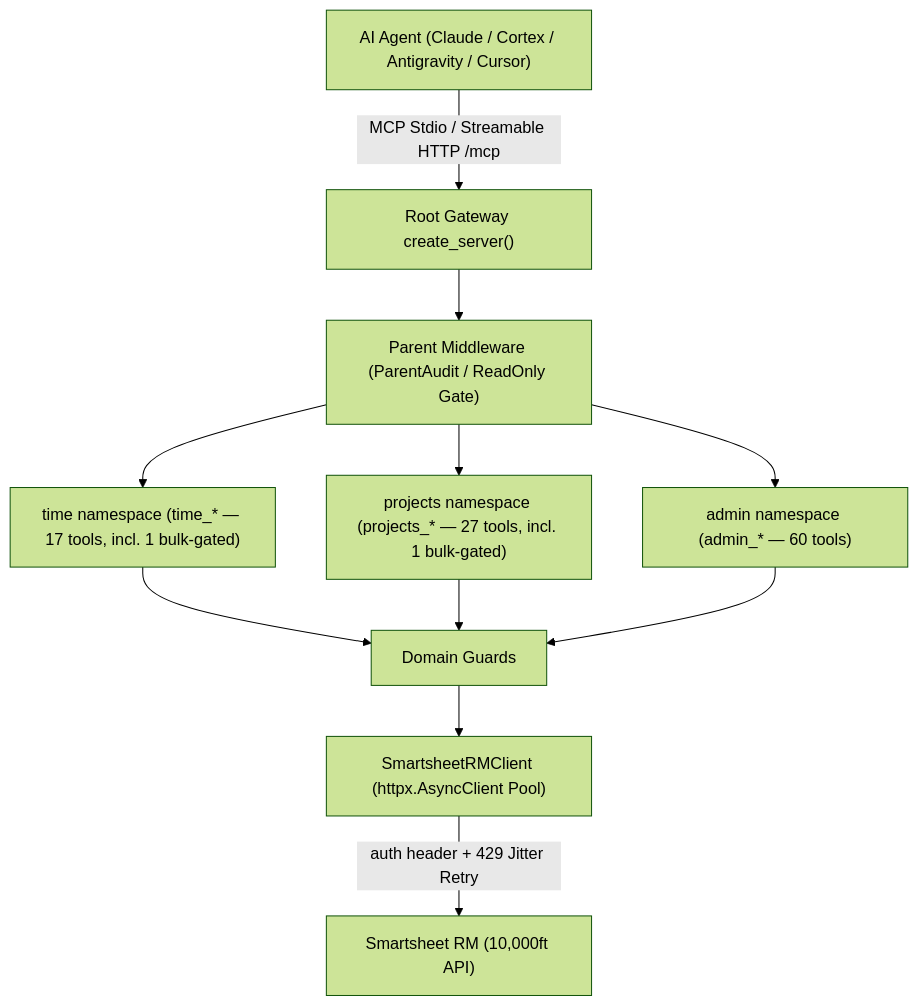
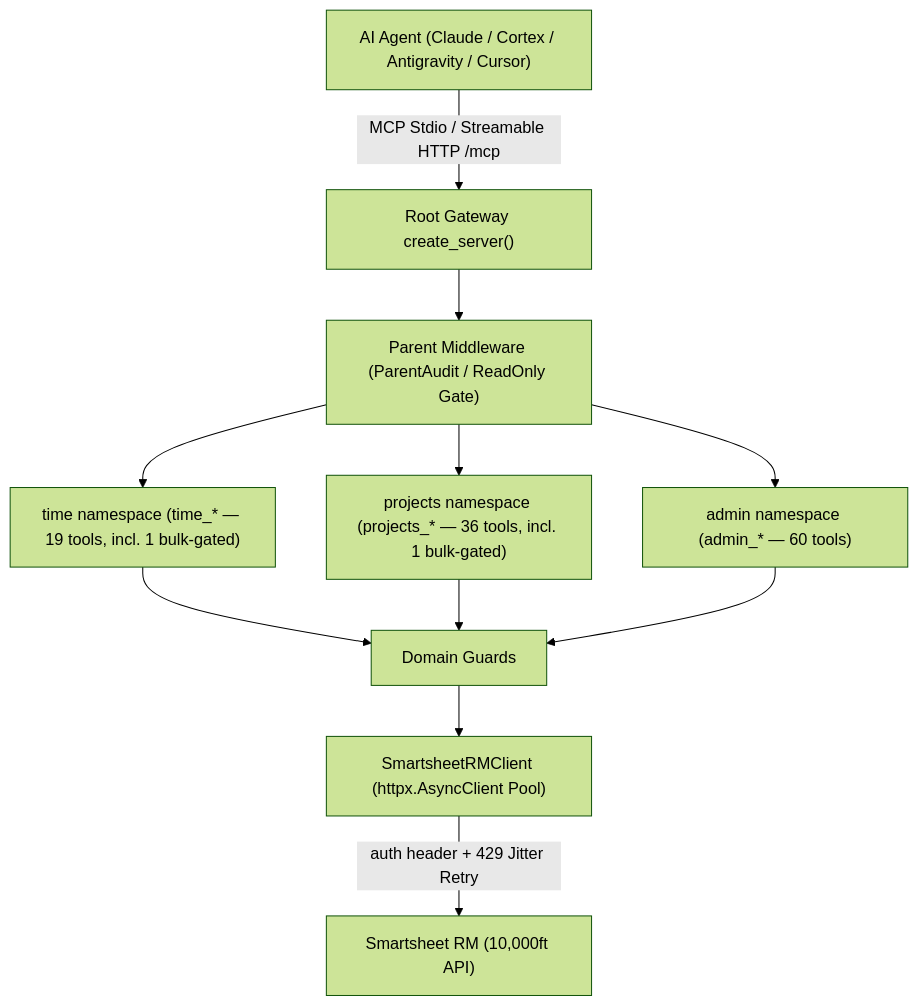
One commit to christianclaudio/mcp-server-smartsheet-rm changed the diagram in README.md. Above: the diagram before and after it, drawn with Mermaid (forest theme). The commit also changed other lines of this file and 19 other files, not shown here.

````diff
--- a/README.md
+++ b/README.md
@@ -18,13 +18,13 @@
 ```mermaid
 graph TD
     Client["AI Agent (Claude / Cortex / Antigravity / Cursor)"] -->|"MCP Stdio / Streamable HTTP /mcp"| Server["Root Gateway create_server()"]
     Server --> Middle["Parent Middleware (ParentAudit / ReadOnly Gate)"]
-    Middle --> SubTime["time namespace (time_* — 17 tools, incl. 1 bulk-gated)"]
-    Middle --> SubProj["projects namespace (projects_* — 27 tools, incl. 1 bulk-gated)"]
+    Middle --> SubTime["time namespace (time_* — 19 tools, incl. 1 bulk-gated)"]
+    Middle --> SubProj["projects namespace (projects_* — 36 tools, incl. 1 bulk-gated)"]
     Middle --> SubAdmin["admin namespace (admin_* — 60 tools)"]
     SubTime --> Guards["Domain Guards"]
     SubProj --> Guards
     SubAdmin --> Guards
     Guards --> ClientPool["SmartsheetRMClient (httpx.AsyncClient Pool)"]
     ClientPool -->|"auth header + 429 Jitter Retry"| API["Smartsheet RM (10,000ft API)"]
 ```
````
